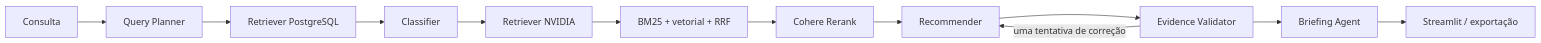
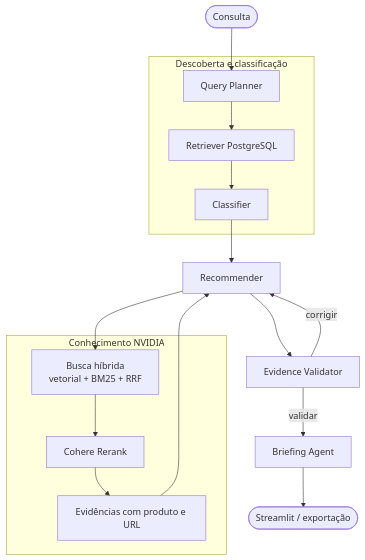
One commit to nandahelena/nvidia-radar changed the diagram in README.md. Above: the diagram before and after it, drawn with Mermaid. The commit also changed other lines of this file and 6 other files, not shown here.

````diff
--- a/README.md
+++ b/README.md
@@ -34,14 +34,19 @@
 ```mermaid
-flowchart LR
-    A[Consulta] --> B[Query Planner]
+flowchart TB
+  A([Consulta]) --> B[Query Planner]
+  subgraph D[Descoberta e classificação]
     B --> C[Retriever PostgreSQL]
-    C --> D[Classifier]
-    D --> E[Retriever NVIDIA]
-    E --> F[BM25 + vetorial + RRF]
-    F --> G[Cohere Rerank]
-    G --> H[Recommender]
-    H --> I[Evidence Validator]
-    I -->|uma tentativa de correção| H
-    I --> J[Briefing Agent]
-    J --> K[Streamlit / exportação]
+    C --> E[Classifier]
+  end
+  subgraph K[Conhecimento NVIDIA]
+    F[Busca híbrida<br/>vetorial + BM25 + RRF] --> G[Cohere Rerank]
+    G --> H[Evidências com produto e URL]
+  end
+  E --> I[Recommender]
+  I --> F
+  H --> I
+  I --> J[Evidence Validator]
+  J -->|corrigir| I
+  J -->|validar| L[Briefing Agent]
+  L --> M([Streamlit / exportação])
 ```
````
